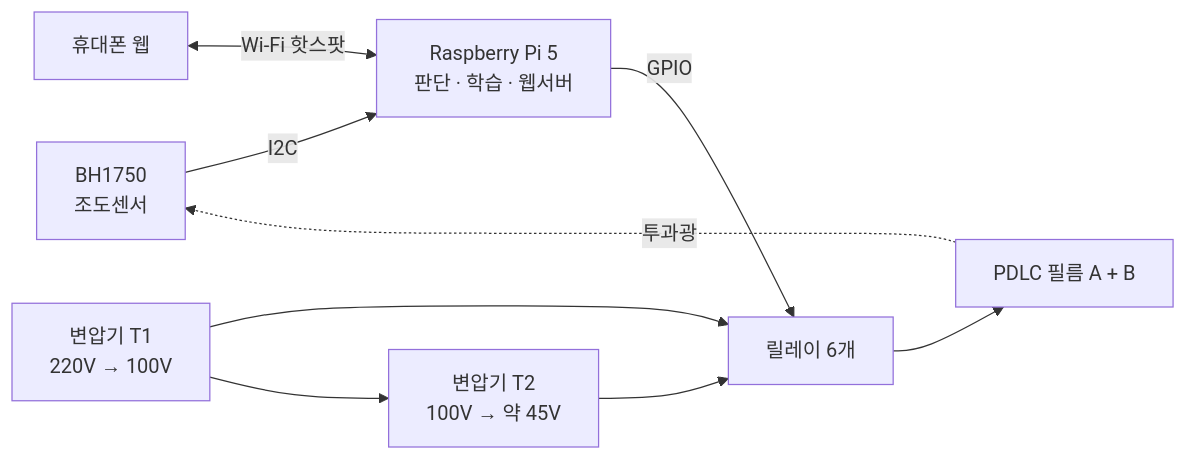
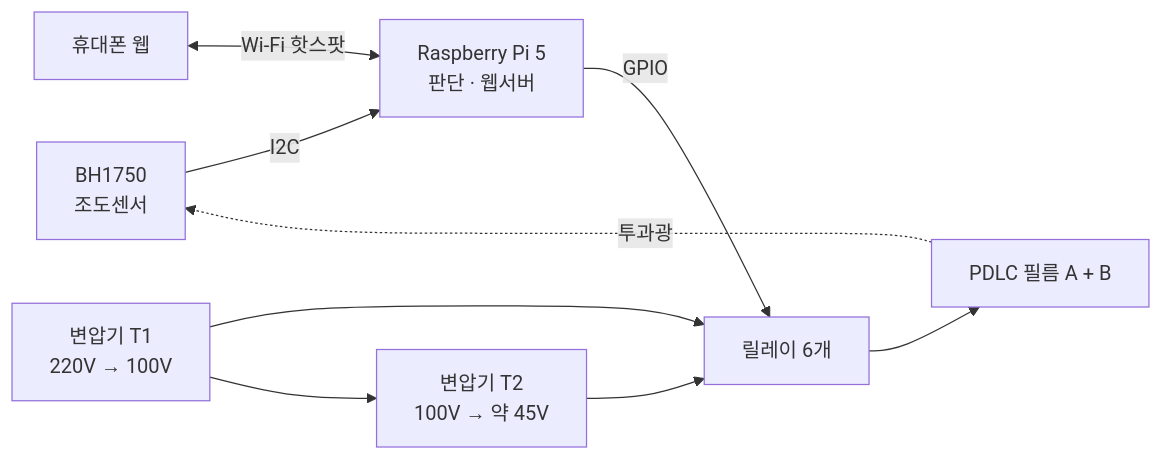
The first of 3 diagrams in README.md (min-jx-x/microprocessor-capstone), drawn with Mermaid before and after one commit. The commit also changed other lines of this file, not shown here.

````diff
--- a/README.md
+++ b/README.md
@@ -39,11 +41,11 @@
 ```mermaid
 flowchart LR
-    S[BH1750<br/>조도센서] -- I2C --> P[Raspberry Pi 5<br/>판단 · 학습 · 웹서버]
+    S[BH1750<br/>조도센서] -- I2C --> P[Raspberry Pi 5<br/>판단 · 웹서버]
     P -- GPIO --> R[릴레이 6개]
     R --> F[PDLC 필름 A + B]
     T1[변압기 T1<br/>220V → 100V] --> R
     T1 --> T2[변압기 T2<br/>100V → 약 45V]
     T2 --> R
     F -. 투과광 .-> S
     U[휴대폰 웹] <-- Wi-Fi 핫스팟 --> P
 ```
````
